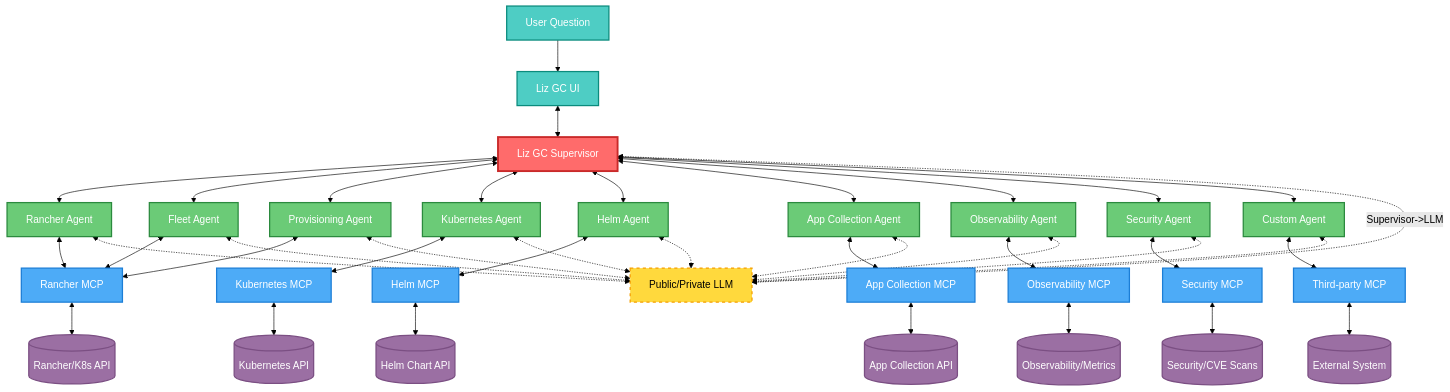
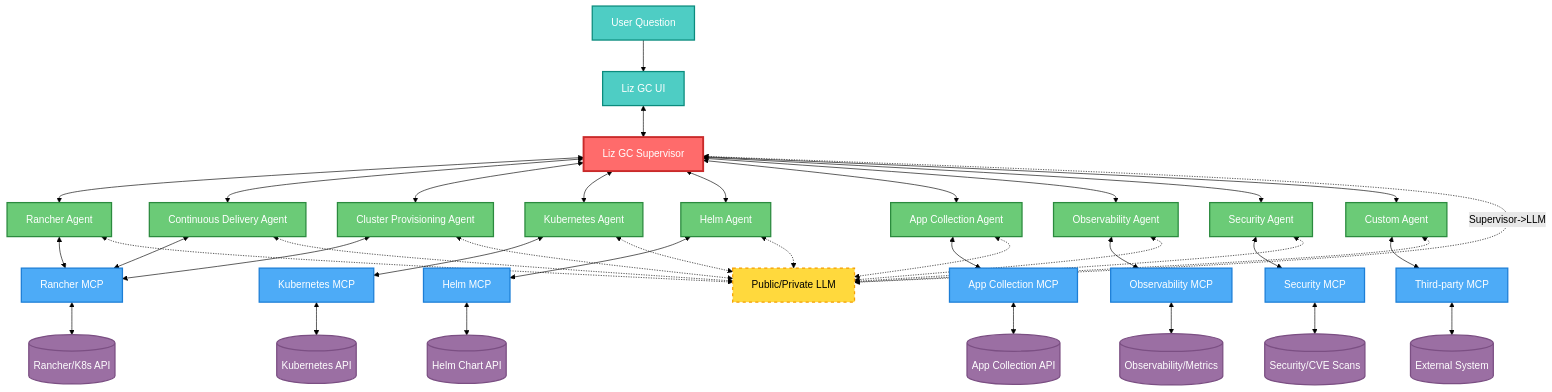
The diagram in docs/latest/modules/zh/pages/explanations/architecture.adoc (cnrancher/docs-liz-gc), drawn with Mermaid (forest theme) before and after one commit. The commit also changed 1 other file, not shown here.

Commit message:
feat: update introduction and architecture document.

```diff
--- a/docs/latest/modules/zh/pages/explanations/architecture.adoc
+++ b/docs/latest/modules/zh/pages/explanations/architecture.adoc
@@ -64,75 +64,75 @@
 [mermaid]
 ----
 graph TB
 
 User["User Question"] --> UI["Liz GC UI"]
 UI <--> Liz["Liz GC Supervisor"]
 
 Liz <--> A1["Rancher Agent"]
-Liz <--> A2["Fleet Agent"]
-Liz <--> A3["Provisioning Agent"]
+Liz <--> A2["Continuous Delivery Agent"]
+Liz <--> A3["Cluster Provisioning Agent"]
 Liz <--> A4["Kubernetes Agent"]
 Liz <--> A5["Helm Agent"]
 Liz <--> A6["App Collection Agent"]
 Liz <--> A7["Observability Agent"]
 Liz <--> A8["Security Agent"]
 Liz <--> A9["Custom Agent"]
 
 A1 <--> M1["Rancher MCP"]
 A2 <--> M1
 A3 <--> M1
 A4 <--> M2["Kubernetes MCP"]
 A5 <--> M3["Helm MCP"]
 A6 <--> M4["App Collection MCP"]
 A7 <--> M5["Observability MCP"]
 A8 <--> M6["Security MCP"]
 A9 <--> M7["Third-party MCP"]
 
 M1 <--> D1[("Rancher/K8s API")]
 M2 <--> D2[("Kubernetes API")]
 M3 <--> D3[("Helm Chart API")]
 M4 <--> D4[("App Collection API")]
 M5 <--> D5[("Observability/Metrics")]
 M6 <--> D6[("Security/CVE Scans")]
 M7 <--> D7[("External System")]
 
 %% LLM 连线
 Liz <-.->|"Supervisor->LLM"| LLM["Public/Private LLM"]
 A1 <-.-> LLM
 A2 <-.-> LLM
 A3 <-.-> LLM
 A4 <-.-> LLM
 A5 <-.-> LLM
 A6 <-.-> LLM
 A7 <-.-> LLM
 A8 <-.-> LLM
 A9 <-.-> LLM
 
 style Liz fill:#FF6B6B,stroke:#C92A2A,stroke-width:3px,color:#fff
 style LLM fill:#FFD93D,stroke:#F59F00,stroke-width:2px,stroke-dasharray:5 5,color:#000
 style User fill:#4ECDC4,stroke:#0B8B7D,stroke-width:2px,color:#fff
 style UI fill:#4ECDC4,stroke:#0B8B7D,stroke-width:2px,color:#fff
 style A1 fill:#6BCB77,stroke:#2B8A3E,stroke-width:2px,color:#fff
 style A2 fill:#6BCB77,stroke:#2B8A3E,stroke-width:2px,color:#fff
 style A3 fill:#6BCB77,stroke:#2B8A3E,stroke-width:2px,color:#fff
 style A4 fill:#6BCB77,stroke:#2B8A3E,stroke-width:2px,color:#fff
 style A5 fill:#6BCB77,stroke:#2B8A3E,stroke-width:2px,color:#fff
 style A6 fill:#6BCB77,stroke:#2B8A3E,stroke-width:2px,color:#fff
 style A7 fill:#6BCB77,stroke:#2B8A3E,stroke-width:2px,color:#fff
 style A8 fill:#6BCB77,stroke:#2B8A3E,stroke-width:2px,color:#fff
 style A9 fill:#6BCB77,stroke:#2B8A3E,stroke-width:2px,color:#fff
 style M1 fill:#4DABF7,stroke:#1C7ED6,stroke-width:2px,color:#fff
 style M2 fill:#4DABF7,stroke:#1C7ED6,stroke-width:2px,color:#fff
 style M3 fill:#4DABF7,stroke:#1C7ED6,stroke-width:2px,color:#fff
 style M4 fill:#4DABF7,stroke:#1C7ED6,stroke-width:2px,color:#fff
 style M5 fill:#4DABF7,stroke:#1C7ED6,stroke-width:2px,color:#fff
 style M6 fill:#4DABF7,stroke:#1C7ED6,stroke-width:2px,color:#fff
 style M7 fill:#4DABF7,stroke:#1C7ED6,stroke-width:2px,color:#fff
 style D1 fill:#9B6FA3,stroke:#7B4F83,stroke-width:2px,color:#fff
 style D2 fill:#9B6FA3,stroke:#7B4F83,stroke-width:2px,color:#fff
 style D3 fill:#9B6FA3,stroke:#7B4F83,stroke-width:2px,color:#fff
 style D4 fill:#9B6FA3,stroke:#7B4F83,stroke-width:2px,color:#fff
 style D5 fill:#9B6FA3,stroke:#7B4F83,stroke-width:2px,color:#fff
 style D6 fill:#9B6FA3,stroke:#7B4F83,stroke-width:2px,color:#fff
 style D7 fill:#9B6FA3,stroke:#7B4F83,stroke-width:2px,color:#fff
 ----
```
